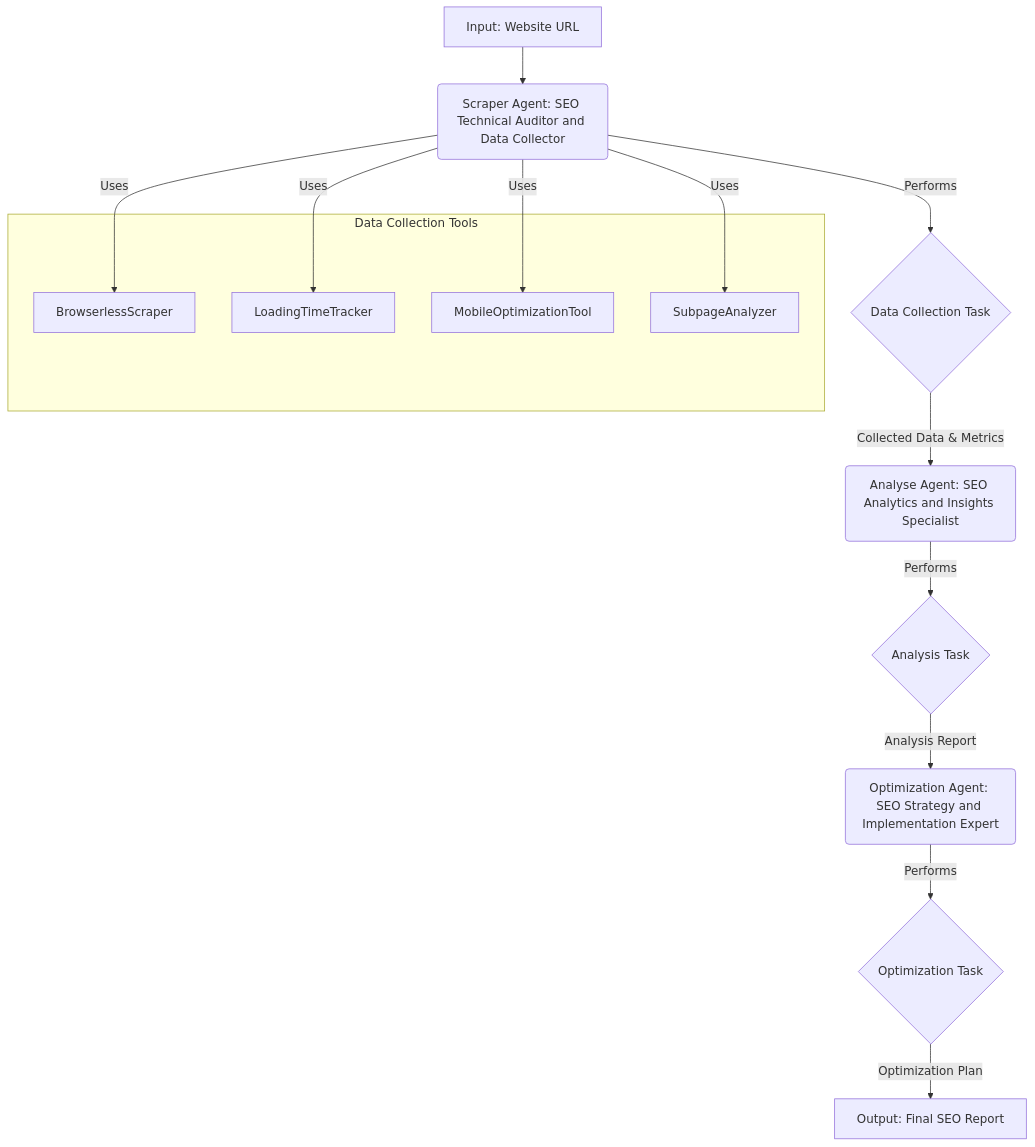
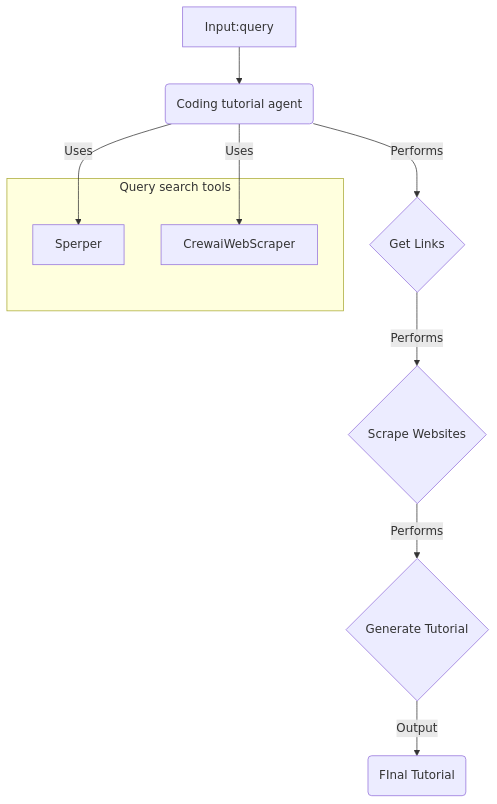
The diagram in crewai-coding-tutorial-agent/README.md (masumi-network/crewai-masumi-reference-implementations), drawn with Mermaid before and after one commit.

````diff
--- a/crewai-coding-tutorial-agent/README.md
+++ b/crewai-coding-tutorial-agent/README.md
@@ -1,23 +1,17 @@
 ```mermaid
 graph TD
-    A[Input: Website URL] --> SA(Scraper Agent: SEO Technical Auditor and Data Collector);
+    A[Input:query] --> B(Coding tutorial agent);
 
-    subgraph "Data Collection Tools"
-        T1[BrowserlessScraper]
-        T2[LoadingTimeTracker]
-        T3[MobileOptimizationTool]
-        T4[SubpageAnalyzer]
+    subgraph "Query search tools"
+        T1[Sperper]
+        T2[CrewaiWebScraper]
     end
 
-    SA -- Uses --> T1;
-    SA -- Uses --> T2;
-    SA -- Uses --> T3;
-    SA -- Uses --> T4;
+    B -- Uses --> T1;
+    B -- Uses --> T2;
 
-    SA -- Performs --> DCT{Data Collection Task};
-    DCT -- Collected Data & Metrics --> AA(Analyse Agent: SEO Analytics and Insights Specialist);
-    AA -- Performs --> AT{Analysis Task};
-    AT -- Analysis Report --> OA(Optimization Agent: SEO Strategy and Implementation Expert);
-    OA -- Performs --> OT{Optimization Task};
-    OT -- Optimization Plan --> FR[Output: Final SEO Report];
+    B -->|Performs| F{Get Links};
+    F -->|Performs| G{Scrape Websites};
+    G -->|Performs| H{Generate Tutorial};
+    H -->|Output| I(FInal Tutorial);
 ```
````
